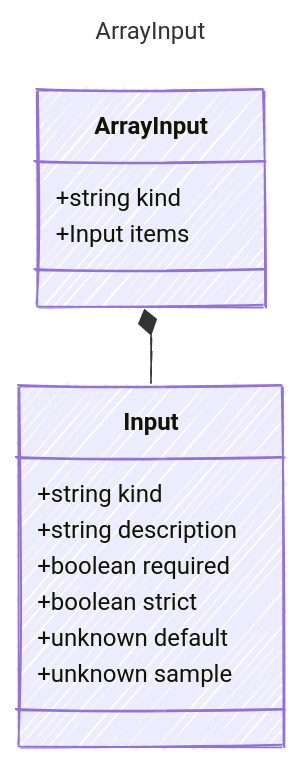
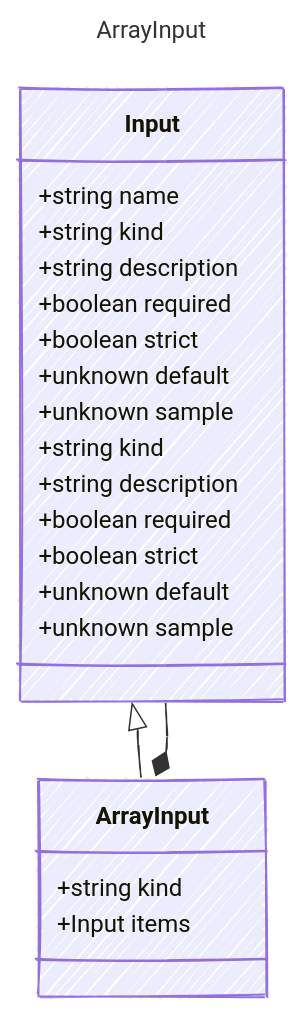
One commit to microsoft/prompty changed the diagram in specification/prompty/docs/ArrayInput.md. Above: the diagram before and after it, drawn with Mermaid. The commit also changed 24 other files, not shown here.

````diff
--- a/specification/prompty/docs/ArrayInput.md
+++ b/specification/prompty/docs/ArrayInput.md
@@ -8,25 +8,35 @@
 ```mermaid
 ---
 title: ArrayInput
 config:
   look: handDrawn
   theme: colorful
   class:
     hideEmptyMembersBox: true
 ---
 classDiagram
+    class Input {
+        +string name
+        +string kind
+        +string description
+        +boolean required
+        +boolean strict
+        +unknown default
+        +unknown sample
+    }
+    Input <|-- ArrayInput
     class ArrayInput {
       
         +string kind
         +Input items
     }
     class Input {
         +string kind
         +string description
         +boolean required
         +boolean strict
         +unknown default
         +unknown sample
     }
     ArrayInput *-- Input
 ```
````
